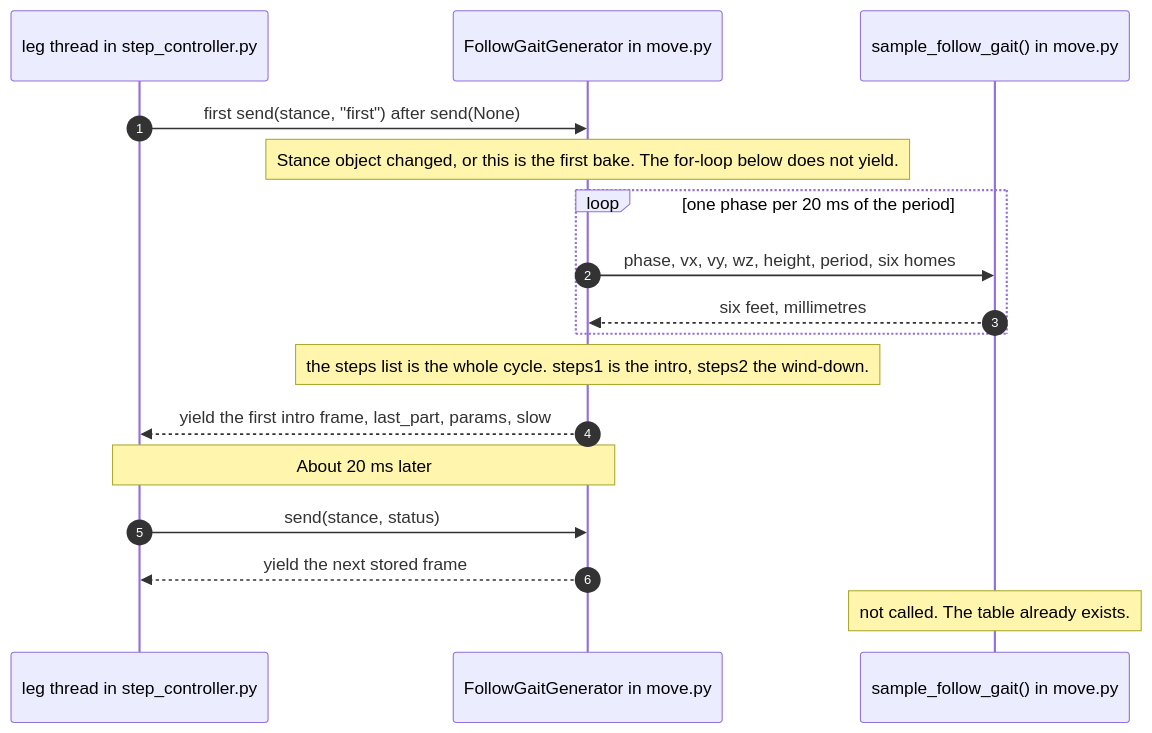
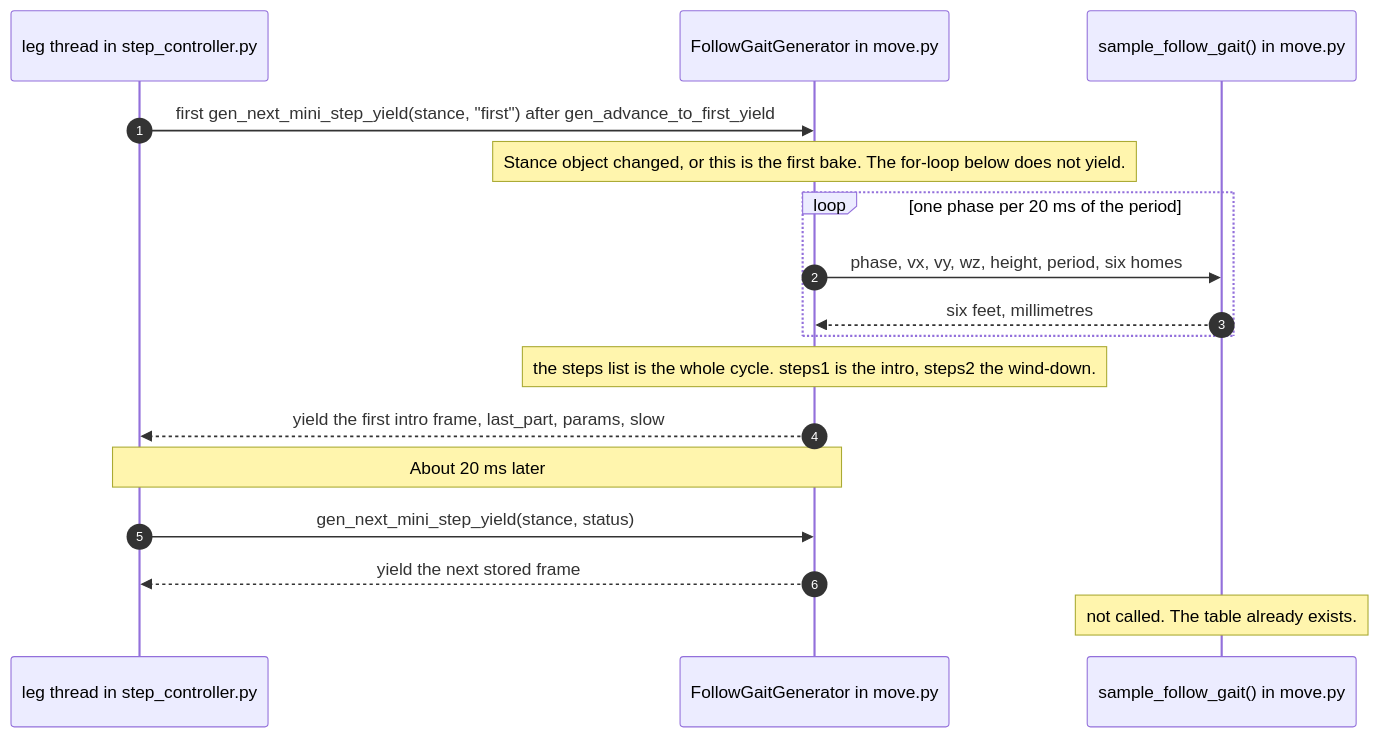
One commit to ganapetya/masha changed the fourth of 8 diagrams in ros2_ws/src/hexapod_kinematics/movement.md. Above: the diagram before and after it, drawn with Mermaid. The commit also changed other lines of this file and 11 other files, not shown here.

````diff
--- a/ros2_ws/src/hexapod_kinematics/movement.md
+++ b/ros2_ws/src/hexapod_kinematics/movement.md
@@ -198,20 +198,20 @@
 ```mermaid
 sequenceDiagram
     autonumber
     participant Legs as leg thread in step_controller.py
     participant Film as FollowGaitGenerator in move.py
     participant Sample as sample_follow_gait() in move.py
 
-    Legs->>Film: first send(stance, "first") after send(None)
+    Legs->>Film: first gen_next_mini_step_yield(stance, "first") after gen_advance_to_first_yield
     Note over Film: Stance object changed, or this is the first bake. The for-loop below does not yield.
     loop one phase per 20 ms of the period
         Film->>Sample: phase, vx, vy, wz, height, period, six homes
         Sample-->>Film: six feet, millimetres
     end
     Note over Film: the steps list is the whole cycle. steps1 is the intro, steps2 the wind-down.
     Film-->>Legs: yield the first intro frame, last_part, params, slow
     Note over Legs,Film: About 20 ms later
-    Legs->>Film: send(stance, status)
+    Legs->>Film: gen_next_mini_step_yield(stance, status)
     Film-->>Legs: yield the next stored frame
     Note over Sample: not called. The table already exists.
 ```
````
